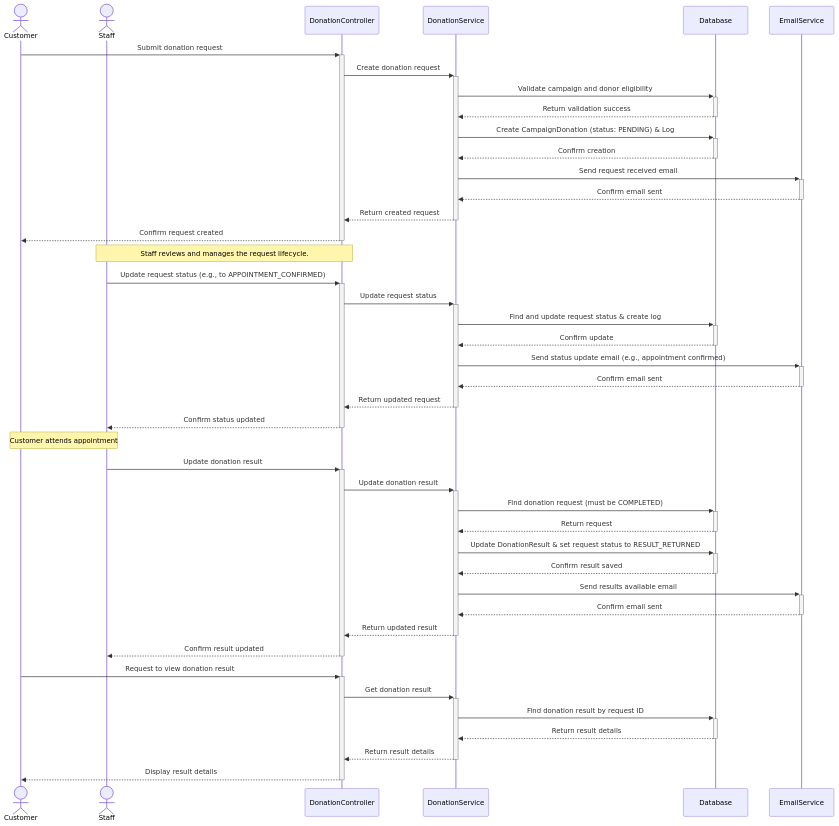
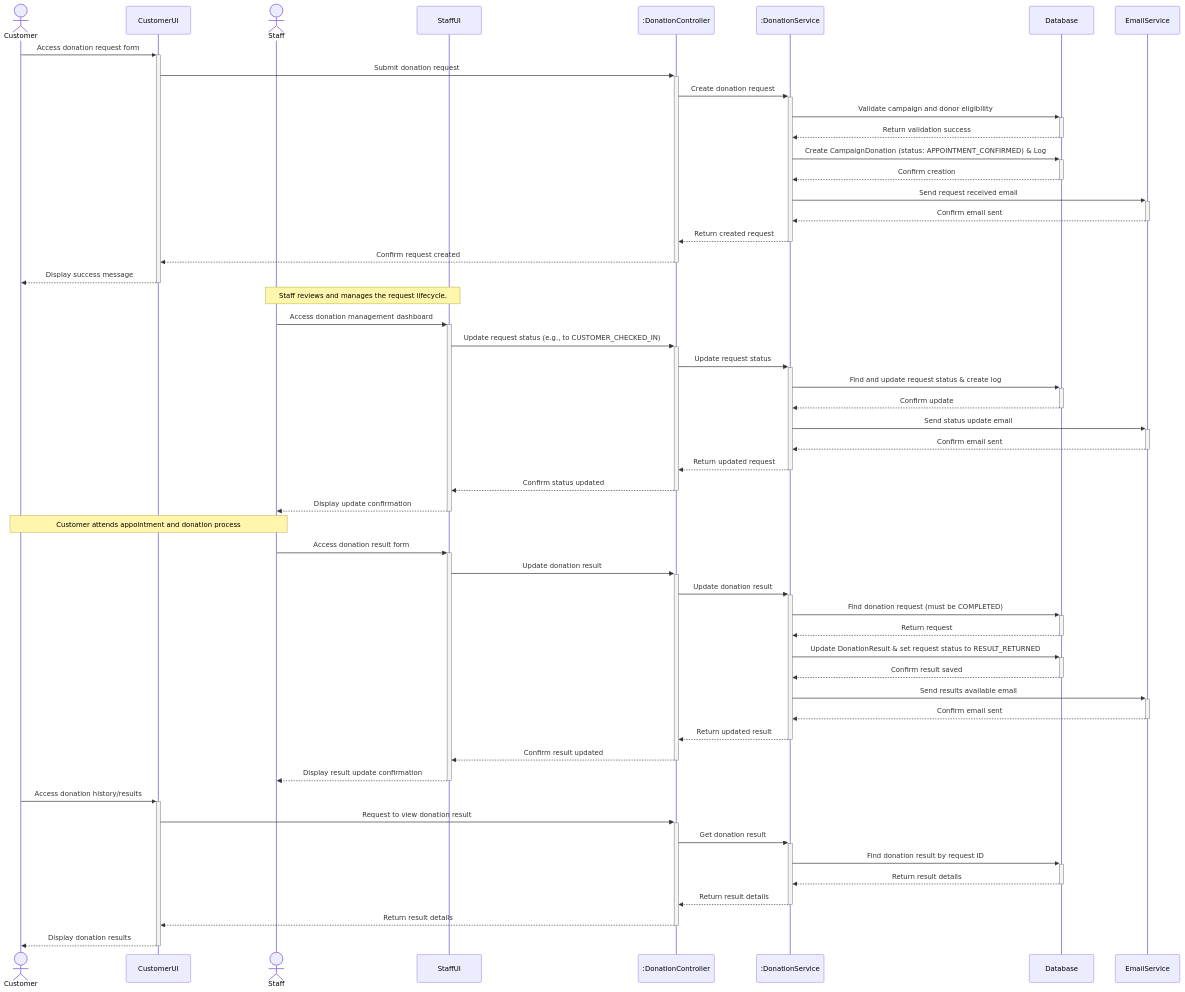
The first of 3 diagrams in docs/DONATION_FLOW.md (phamnguyenviethung/bloodlink-be), drawn with Mermaid before and after one commit. The commit also changed other lines of this file and 3 other files, not shown here.

````diff
--- a/docs/DONATION_FLOW.md
+++ b/docs/DONATION_FLOW.md
@@ -5,55 +5,65 @@
 ```mermaid
 sequenceDiagram
     actor Customer
+    participant CustomerUI
     actor Staff
-    participant DonationController
-    participant DonationService
+    participant StaffUI
+    participant DonationController as :DonationController
+    participant DonationService as :DonationService
     participant Database
     participant EmailService
 
     %% --- 1. Customer Creates Donation Request ---
-    Customer->>+DonationController: Submit donation request
+    Customer->>+CustomerUI: Access donation request form
+    CustomerUI->>+DonationController: Submit donation request
     DonationController->>+DonationService: Create donation request
     DonationService->>+Database: Validate campaign and donor eligibility
     Database-->>-DonationService: Return validation success
-    DonationService->>+Database: Create CampaignDonation (status: PENDING) & Log
+    DonationService->>+Database: Create CampaignDonation (status: APPOINTMENT_CONFIRMED) & Log
     Database-->>-DonationService: Confirm creation
     DonationService->>+EmailService: Send request received email
     EmailService-->>-DonationService: Confirm email sent
     DonationService-->>-DonationController: Return created request
-    DonationController-->>-Customer: Confirm request created
+    DonationController-->>-CustomerUI: Confirm request created
+    CustomerUI-->>-Customer: Display success message
 
     %% --- 2. Staff Manages Request ---
-    Note over Staff, DonationController: Staff reviews and manages the request lifecycle.
+    Note over Staff, StaffUI: Staff reviews and manages the request lifecycle.
 
-    Staff->>+DonationController: Update request status (e.g., to APPOINTMENT_CONFIRMED)
+    Staff->>+StaffUI: Access donation management dashboard
+    StaffUI->>+DonationController: Update request status (e.g., to CUSTOMER_CHECKED_IN)
     DonationController->>+DonationService: Update request status
     DonationService->>+Database: Find and update request status & create log
     Database-->>-DonationService: Confirm update
-    DonationService->>+EmailService: Send status update email (e.g., appointment confirmed)
+    DonationService->>+EmailService: Send status update email
     EmailService-->>-DonationService: Confirm email sent
     DonationService-->>-DonationController: Return updated request
-    DonationController-->>-Staff: Confirm status updated
+    DonationController-->>-StaffUI: Confirm status updated
+    StaffUI-->>-Staff: Display update confirmation
 
-    Note over Customer, Staff: Customer attends appointment
+    Note over Customer, Staff: Customer attends appointment and donation process
 
     %% --- 3. Staff Updates Results ---
-    Staff->>+DonationController: Update donation result
+    Staff->>+StaffUI: Access donation result form
+    StaffUI->>+DonationController: Update donation result
     DonationController->>+DonationService: Update donation result
     DonationService->>+Database: Find donation request (must be COMPLETED)
     Database-->>-DonationService: Return request
     DonationService->>+Database: Update DonationResult & set request status to RESULT_RETURNED
     Database-->>-DonationService: Confirm result saved
     DonationService->>+EmailService: Send results available email
     EmailService-->>-DonationService: Confirm email sent
     DonationService-->>-DonationController: Return updated result
-    DonationController-->>-Staff: Confirm result updated
+    DonationController-->>-StaffUI: Confirm result updated
+    StaffUI-->>-Staff: Display result update confirmation
 
     %% --- 4. Customer Views Results ---
-    Customer->>+DonationController: Request to view donation result
+    Customer->>+CustomerUI: Access donation history/results
+    CustomerUI->>+DonationController: Request to view donation result
     DonationController->>+DonationService: Get donation result
     DonationService->>+Database: Find donation result by request ID
     Database-->>-DonationService: Return result details
     DonationService-->>-DonationController: Return result details
-    DonationController-->>-Customer: Display result details
+    DonationController-->>-CustomerUI: Return result details
+    CustomerUI-->>-Customer: Display donation results
 ```
````
